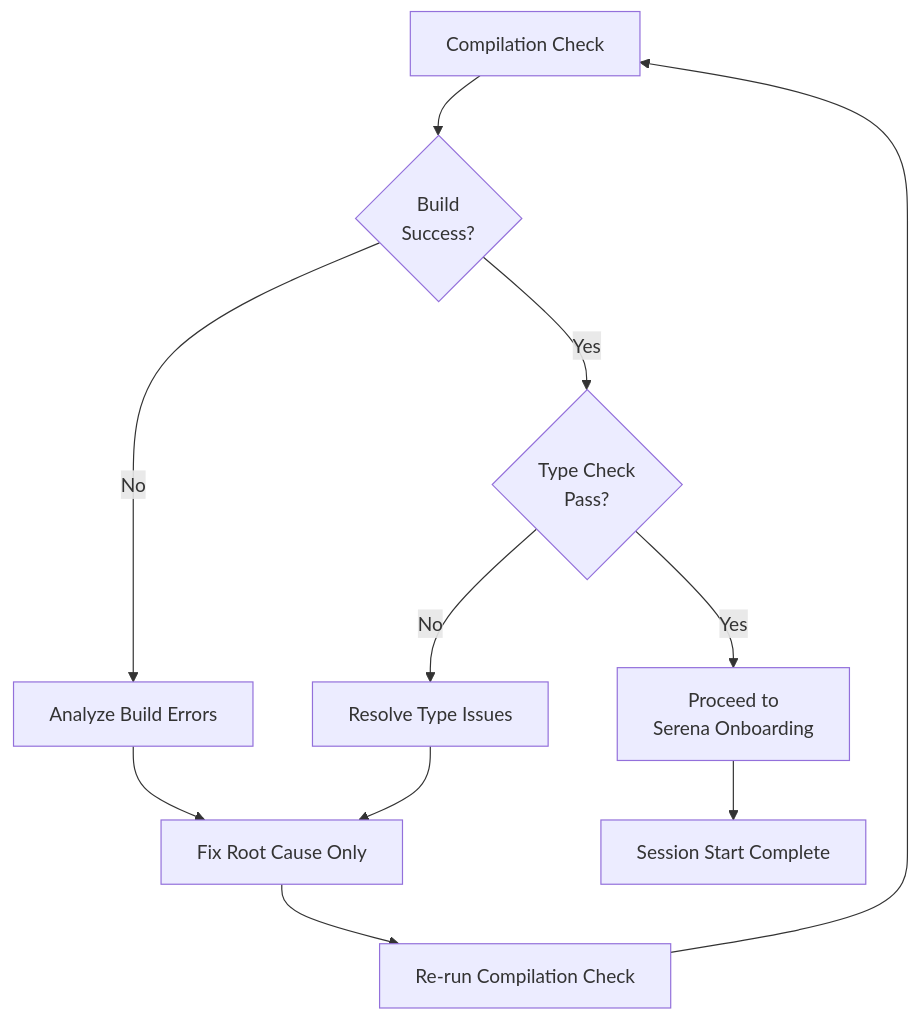
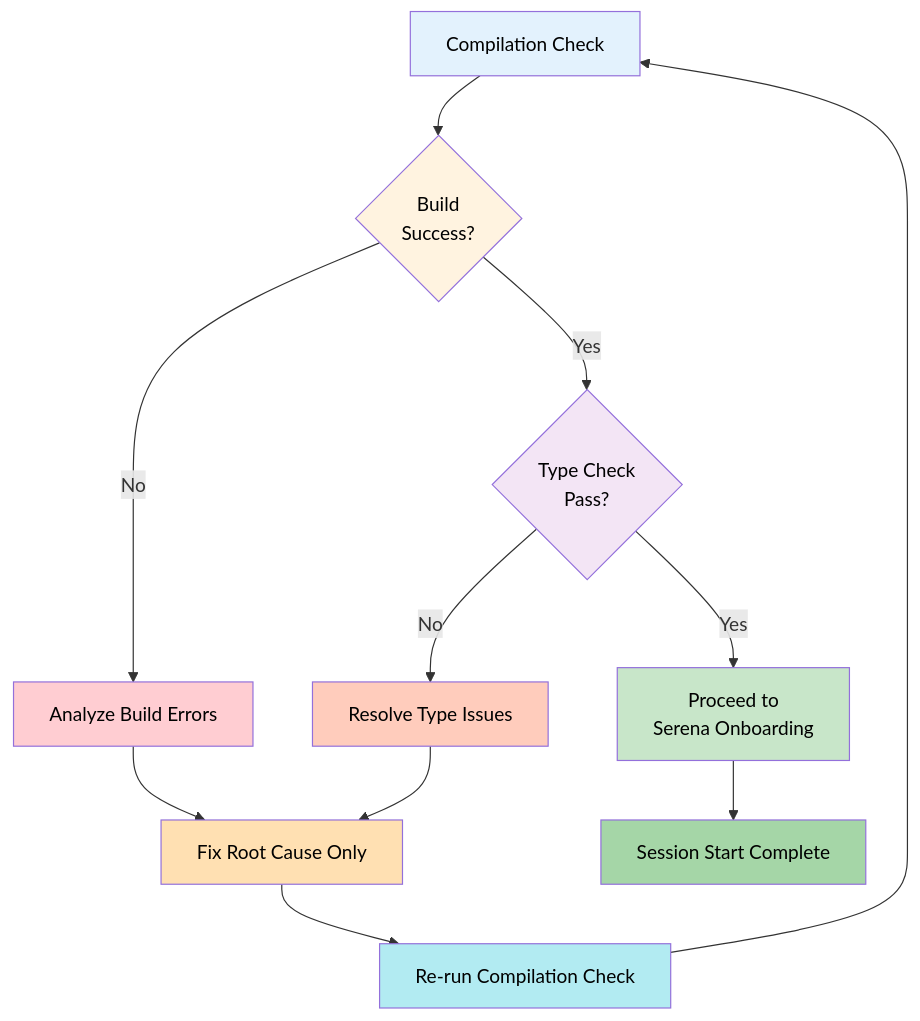
Before and after one commit to bprzybys-nc/ctx-eng-plus: the second of 17 diagrams in docs/06-workflow-patterns.md, drawn with Mermaid. The commit also changed other lines of this file and 8 other files, not shown here.

````diff
--- a/docs/06-workflow-patterns.md
+++ b/docs/06-workflow-patterns.md
@@ -125,13 +161,23 @@
 ```mermaid
 graph TD
     A["Compilation Check"] --> B{"Build<br/>Success?"}
     B -->|Yes| C{"Type Check<br/>Pass?"}
     B -->|No| D["Analyze Build Errors"]
     C -->|Yes| E["Proceed to<br/>Serena Onboarding"]
     C -->|No| F["Resolve Type Issues"]
     D --> G["Fix Root Cause Only"]
     F --> G
     G --> H["Re-run Compilation Check"]
     H --> A
     E --> I["Session Start Complete"]
+
+    style A fill:#e3f2fd,color:#000
+    style B fill:#fff3e0,color:#000
+    style C fill:#f3e5f5,color:#000
+    style D fill:#ffcdd2,color:#000
+    style E fill:#c8e6c9,color:#000
+    style F fill:#ffccbc,color:#000
+    style G fill:#ffe0b2,color:#000
+    style H fill:#b2ebf2,color:#000
+    style I fill:#a5d6a7,color:#000
 ```
````
